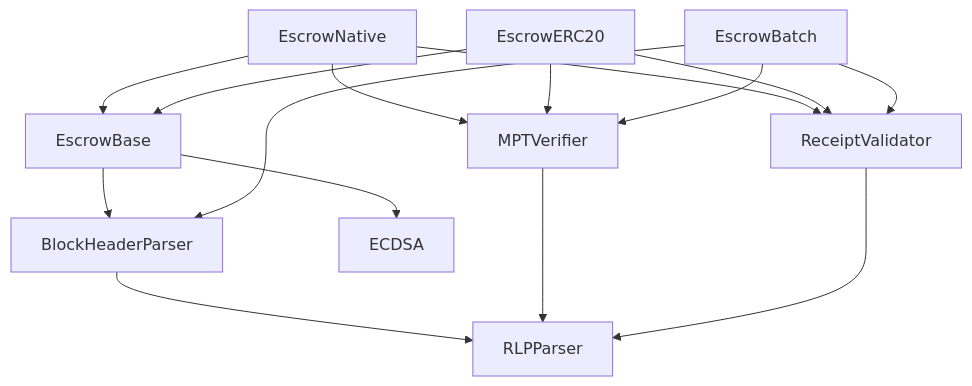
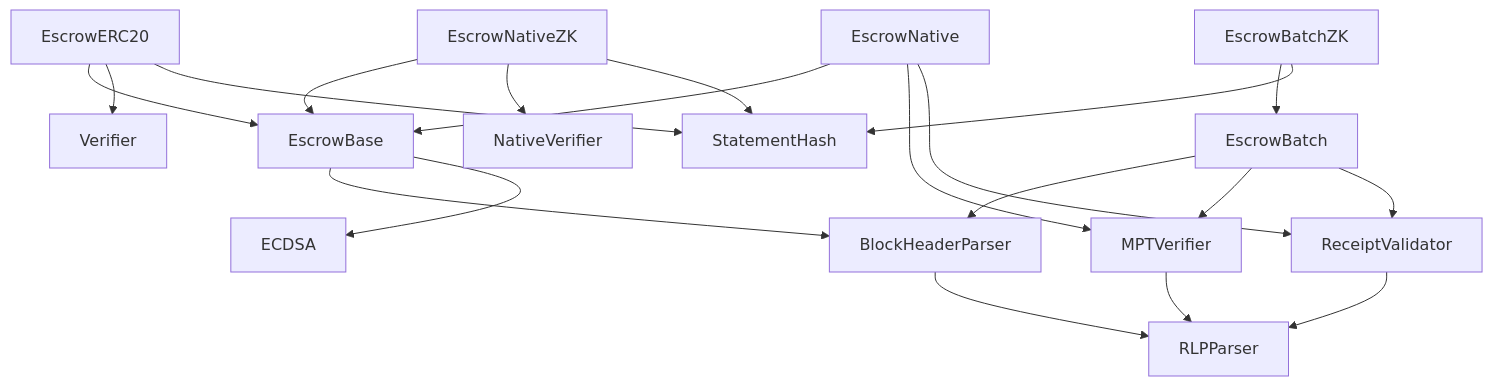
Before and after one commit to MiragePrivacy/escrow: the diagram in README.md, drawn with Mermaid. The commit also changed other lines of this file, not shown here.

Commit message:
Document current ZK escrow variants

````diff
--- a/README.md
+++ b/README.md
@@ -66,17 +66,22 @@
 ```mermaid
 graph TD
     EscrowNative --> EscrowBase
     EscrowERC20 --> EscrowBase
     EscrowBase --> BlockHeaderParser
     EscrowBase --> ECDSA
     EscrowNative --> MPTVerifier
     EscrowNative --> ReceiptValidator
-    EscrowERC20 --> MPTVerifier
-    EscrowERC20 --> ReceiptValidator
+    EscrowERC20 --> Verifier
+    EscrowERC20 --> StatementHash
+    EscrowNativeZK --> EscrowBase
+    EscrowNativeZK --> NativeVerifier
+    EscrowNativeZK --> StatementHash
+    EscrowBatchZK --> EscrowBatch
+    EscrowBatchZK --> StatementHash
     EscrowBatch --> BlockHeaderParser
     EscrowBatch --> MPTVerifier
     EscrowBatch --> ReceiptValidator
     BlockHeaderParser --> RLPParser
     MPTVerifier --> RLPParser
     ReceiptValidator --> RLPParser
 ```
````
